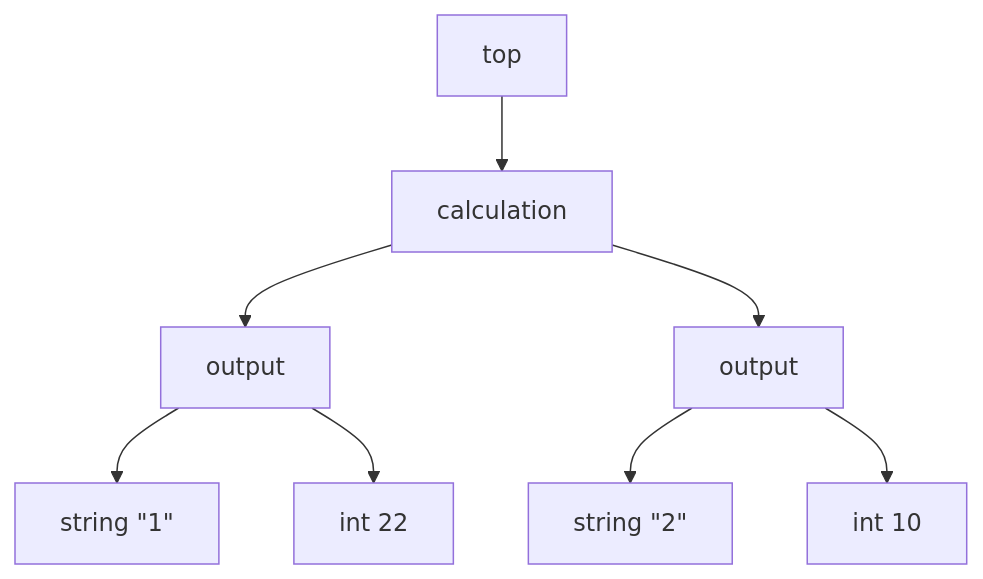
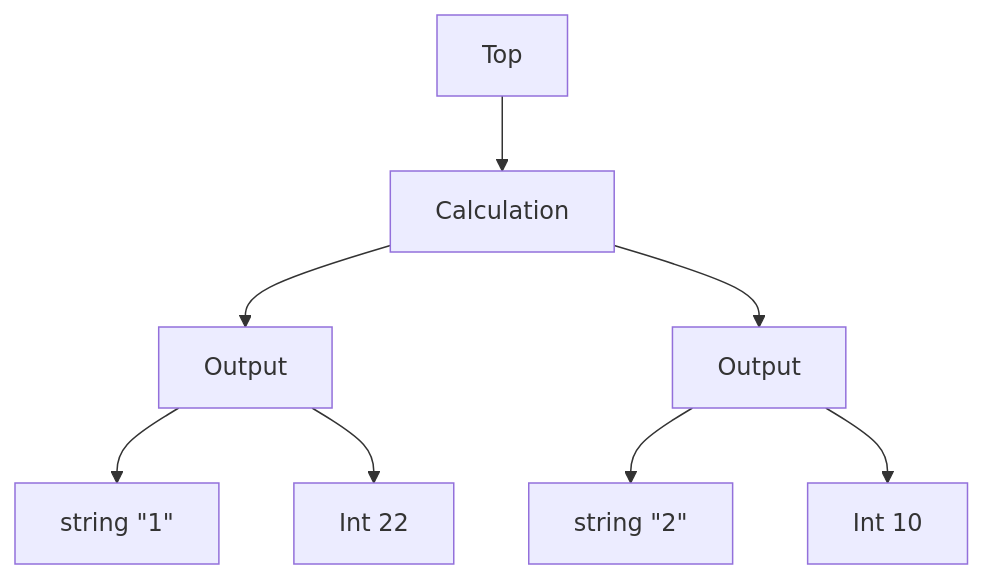
The first of 27 diagrams in samples/infix/README.md (microsoft/Trieste), drawn with Mermaid before and after one commit. The commit also changed other lines of this file and 1 other file, not shown here.

````diff
--- a/samples/infix/README.md
+++ b/samples/infix/README.md
@@ -36,10 +37,10 @@
 ``` mermaid
 flowchart TD
-  A[top]-->B[calculation]
-  B-->C[output]
+  A[Top]-->B[Calculation]
+  B-->C[Output]
   C-->D["string #quot;1#quot;"]
-  C-->E[int 22]
-  B-->F[output]
+  C-->E[Int 22]
+  B-->F[Output]
   F-->G["string #quot;2#quot;"]
-  F-->H[int 10]
+  F-->H[Int 10]
 ```
````
